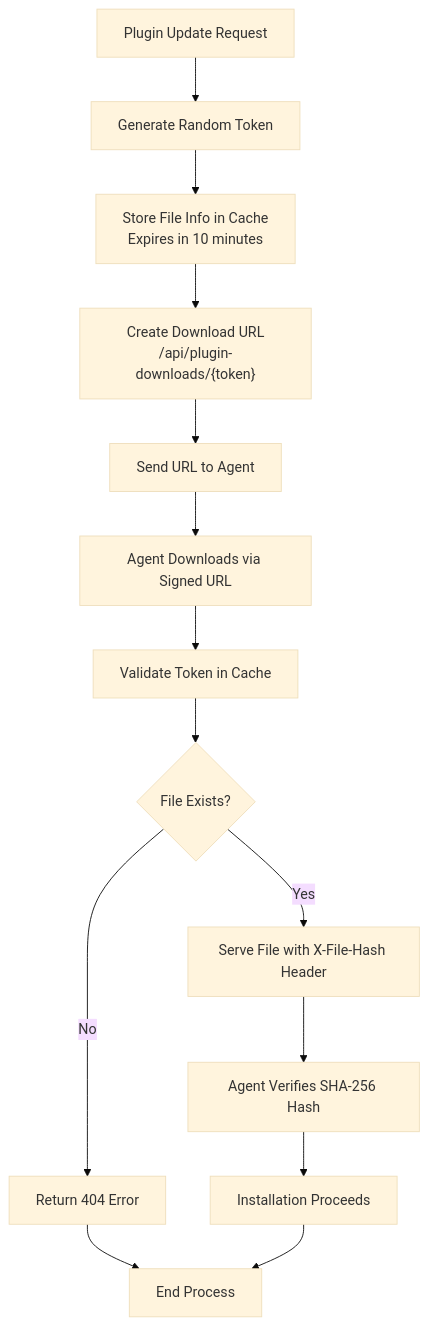
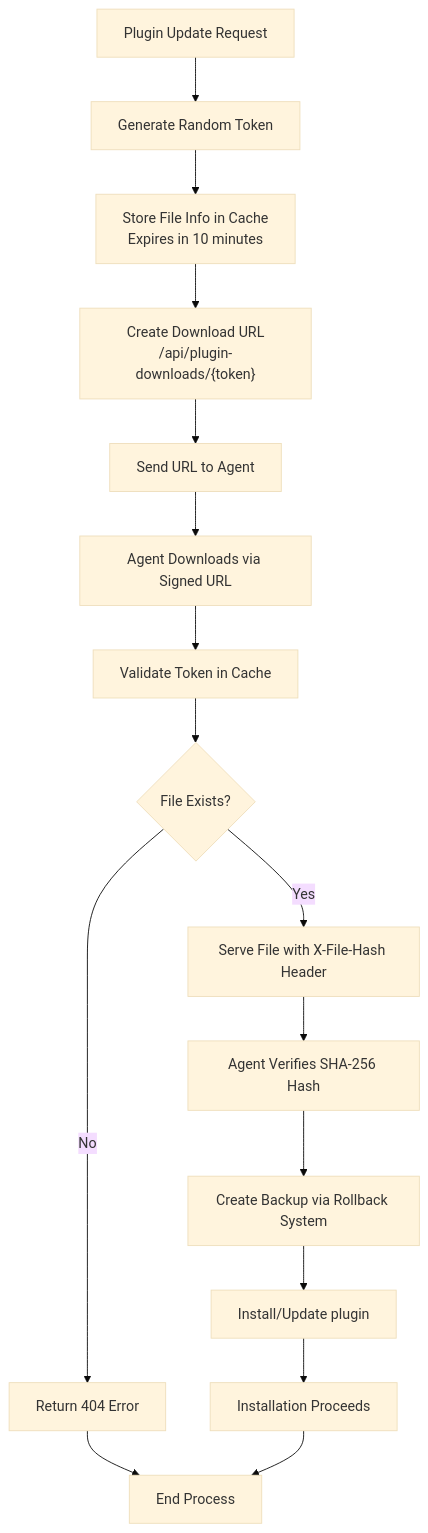
One commit to FCS-WP/website_portal changed diagram 17 of 18 in .qoder/repowiki/en/content/WordPress Agent Integration/WordPress Agent Integration.md. Above: the diagram before and after it, drawn with Mermaid (base theme). The commit also changed other lines of this file and 37 other files, not shown here.

````diff
--- a/.qoder/repowiki/en/content/WordPress Agent Integration/WordPress Agent Integration.md
+++ b/.qoder/repowiki/en/content/WordPress Agent Integration/WordPress Agent Integration.md
@@ -407,16 +811,18 @@
 ```mermaid
 flowchart TD
 Start["Plugin Update Request"] --> Generate["Generate Random Token"]
 Generate --> Store["Store File Info in Cache<br/>Expires in 10 minutes"]
 Store --> CreateURL["Create Download URL<br/>/api/plugin-downloads/{token}"]
 CreateURL --> Send["Send URL to Agent"]
 Send --> Download["Agent Downloads via Signed URL"]
 Download --> Validate["Validate Token in Cache"]
 Validate --> Exists{"File Exists?"}
 Exists --> |No| Error["Return 404 Error"]
 Exists --> |Yes| Serve["Serve File with X-File-Hash Header"]
 Serve --> Verify["Agent Verifies SHA-256 Hash"]
-Verify --> Success["Installation Proceeds"]
+Verify --> Backup["Create Backup via Rollback System"]
+Backup --> Install["Install/Update plugin"]
+Install --> Success["Installation Proceeds"]
 Error --> End["End Process"]
 Success --> End
 ```
````
